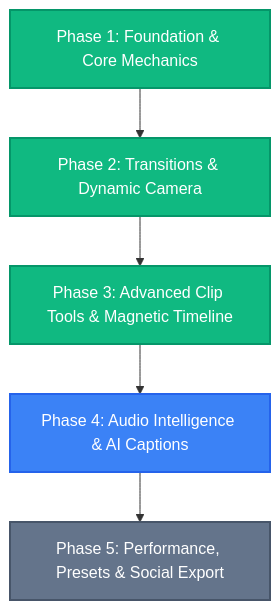
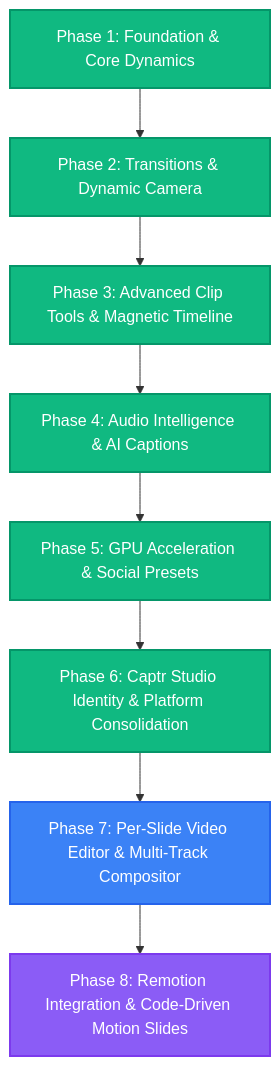
The diagram in ROADMAP.md (rhamaa/Captr-Studio), drawn with Mermaid before and after one commit. The commit also changed other lines of this file and 21 other files, not shown here.

Commit message:
docs: update project roadmap with completed phases, new milestones, and dual-editor architecture details

````diff
--- a/ROADMAP.md
+++ b/ROADMAP.md
@@ -26,13 +26,19 @@
 ```mermaid
 flowchart TD
-    P1[Phase 1: Foundation & Core Mechanics] --> P2[Phase 2: Transitions & Dynamic Camera]
+    P1[Phase 1: Foundation & Core Dynamics] --> P2[Phase 2: Transitions & Dynamic Camera]
     P2 --> P3[Phase 3: Advanced Clip Tools & Magnetic Timeline]
     P3 --> P4[Phase 4: Audio Intelligence & AI Captions]
-    P4 --> P5[Phase 5: Performance, Presets & Social Export]
+    P4 --> P5[Phase 5: GPU Acceleration & Social Presets]
+    P5 --> P6[Phase 6: Captr Studio Identity & Platform Consolidation]
+    P6 --> P7[Phase 7: Per-Slide Video Editor & Multi-Track Compositor]
+    P7 --> P8[Phase 8: Remotion Integration & Code-Driven Motion Slides]
 
     style P1 fill:#10b981,stroke:#059669,stroke-width:2px,color:#fff
     style P2 fill:#10b981,stroke:#059669,stroke-width:2px,color:#fff
     style P3 fill:#10b981,stroke:#059669,stroke-width:2px,color:#fff
-    style P4 fill:#3b82f6,stroke:#2563eb,stroke-width:2px,color:#fff
-    style P5 fill:#64748b,stroke:#475569,stroke-width:2px,color:#fff
+    style P4 fill:#10b981,stroke:#059669,stroke-width:2px,color:#fff
+    style P5 fill:#10b981,stroke:#059669,stroke-width:2px,color:#fff
+    style P6 fill:#10b981,stroke:#059669,stroke-width:2px,color:#fff
+    style P7 fill:#3b82f6,stroke:#2563eb,stroke-width:2px,color:#fff
+    style P8 fill:#8b5cf6,stroke:#7c3aed,stroke-width:2px,color:#fff
 ```
````
